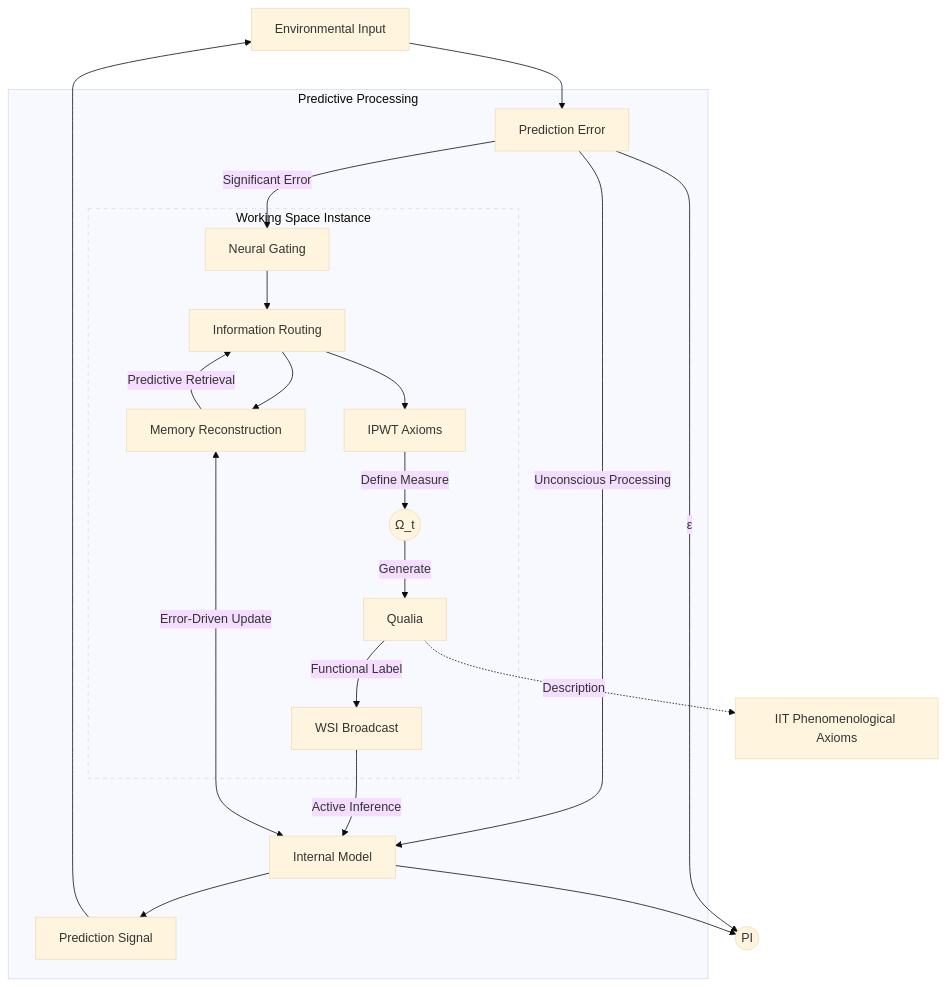
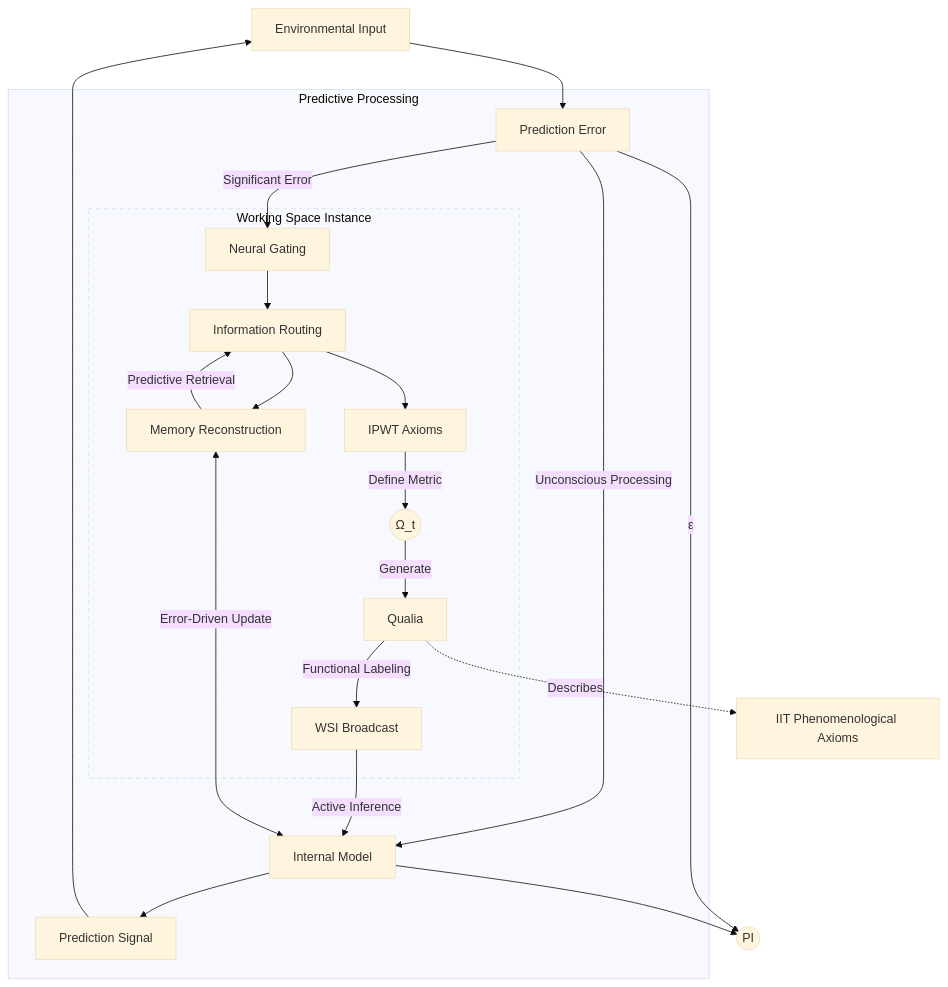
Before and after one commit to dmf-archive/IPWT: the diagram in IPWT_en.md, drawn with Mermaid (base theme). The commit also changed other lines of this file and 2 other files, not shown here.

````diff
--- a/IPWT_en.md
+++ b/IPWT_en.md
@@ -43,43 +106,42 @@
 ```mermaid
 graph TD
 ENV[Environmental Input]
 
 subgraph PCT[Predictive Processing]
 PE[Prediction Error]
 IM[Internal Model]
 PS[Prediction Signal]
-
-subgraph WSI[Working Space Instance]
-style WSI stroke-dasharray: 5 5
-NG[Neural Gating]
-IR[Information Routing]
-MR[Memory Reconstruction]
-AXI[IPWT Axioms]
-INT(("Ω_t"))
-QUA[Qualia]
-BCST[WSI Broadcast]
-end
+  subgraph WSI[Working Space Instance]
+  style WSI stroke-dasharray: 5 5
+  NG[Neural Gating]
+  IR[Information Routing]
+  MR[Memory Reconstruction]
+  AXI[IPWT Axioms]
+  INT(("Ω_t"))
+  QUA[Qualia]
+  BCST[WSI Broadcast]
+  end
 end
 
 ENV --> PE
 PE -->|Unconscious Processing| IM
 IM --> PS
 PS --> ENV
 PE -->|ε| PI(("PI"))
 IM --> PI
 
 PE -->|Significant Error| NG
 NG --> IR
 IR --> AXI
-AXI -->|Define Measure| INT
+AXI -->|Define Metric| INT
 INT -->|Generate| QUA
-QUA -->|Functional Label| BCST
+QUA -->|Functional Labeling| BCST
 
 IR --> MR
 MR -->|Predictive Retrieval| IR
 BCST -->|Active Inference| IM
 MR <-->|Error-Driven Update| IM
 
 IIT[IIT Phenomenological Axioms]:::iit
-QUA -. Description .-> IIT
+QUA -. Describes .-> IIT
 ```
````
